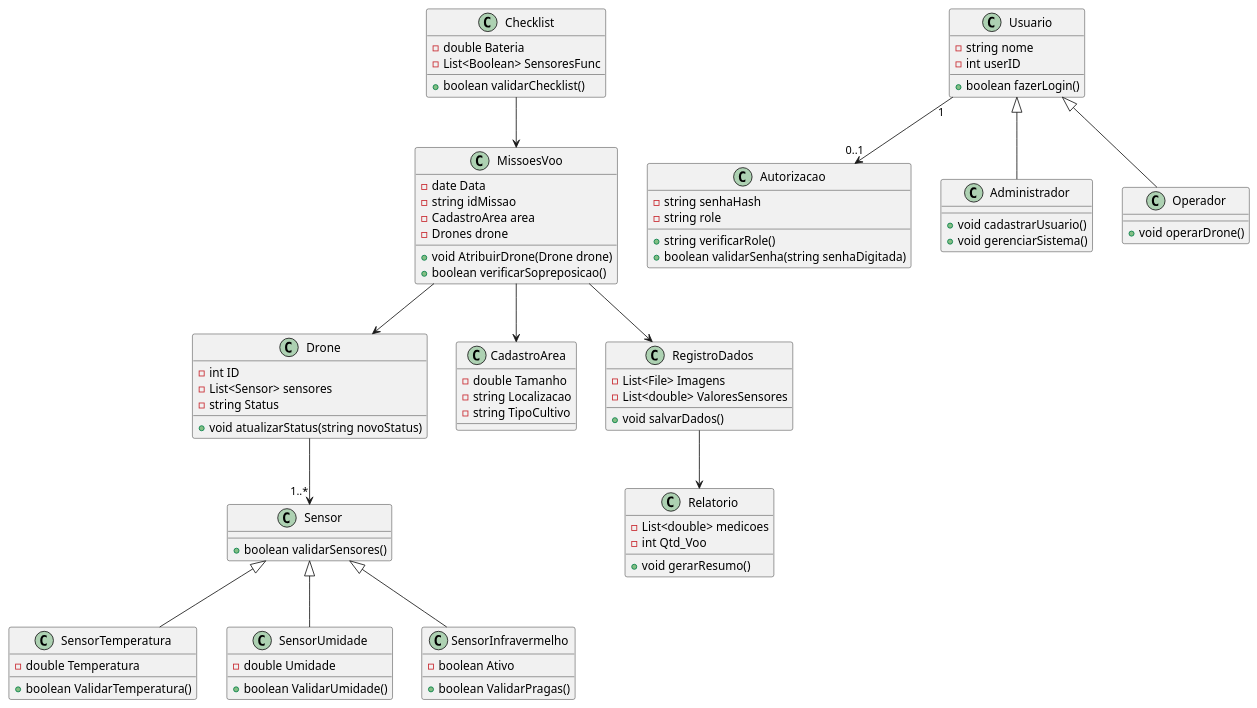
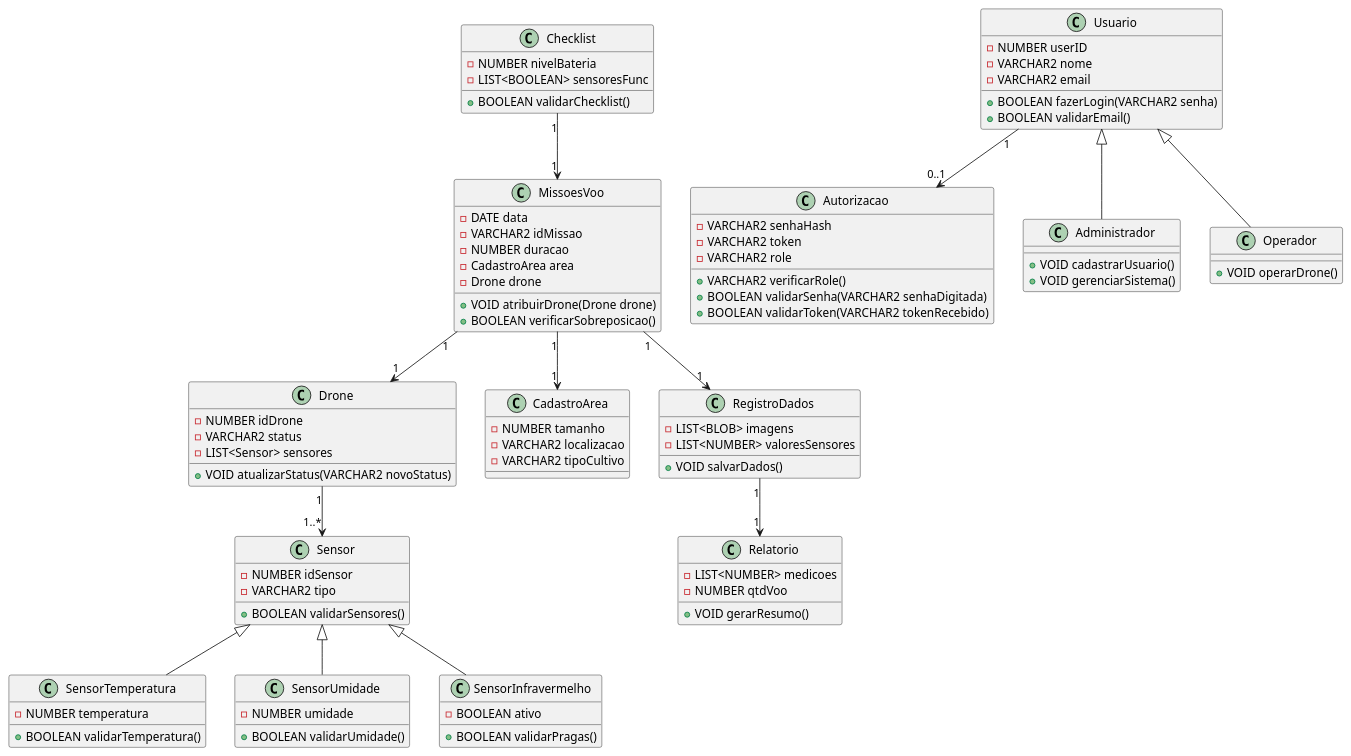
One commit to JoaoVitorMintz/Trabalho-de-Projeto-de-Software changed the diagram in docs/ClassDiagram.puml. Above: the diagram before and after it, drawn with PlantUML.

Commit message:
Correção do Diagrama de Classes conforme solicitado no feedback do professor

```diff
--- a/docs/ClassDiagram.puml
+++ b/docs/ClassDiagram.puml
@@ -1,108 +1,115 @@
-@startuml ClassDiagram 
-' ============================= 
-' Classes de Sensores 
-' ============================= 
-class Sensor { 
-  + boolean validarSensores() 
-} 
+@startuml ClassDiagram
+' =============================
+' Classes de Sensores
+' =============================
+class Sensor {
+  - NUMBER idSensor
+  - VARCHAR2 tipo
+  + BOOLEAN validarSensores()
+}
 
-class SensorTemperatura { 
-  - double Temperatura 
-  + boolean ValidarTemperatura() 
-} 
+class SensorTemperatura {
+  - NUMBER temperatura
+  + BOOLEAN validarTemperatura()
+}
 
-class SensorUmidade { 
-  - double Umidade 
-  + boolean ValidarUmidade() 
-} 
+class SensorUmidade {
+  - NUMBER umidade
+  + BOOLEAN validarUmidade()
+}
 
-class SensorInfravermelho { 
-  - boolean Ativo 
-  + boolean ValidarPragas() 
-} 
+class SensorInfravermelho {
+  - BOOLEAN ativo
+  + BOOLEAN validarPragas()
+}
 
-Sensor <|-- SensorTemperatura 
-Sensor <|-- SensorUmidade 
-Sensor <|-- SensorInfravermelho 
+Sensor <|-- SensorTemperatura
+Sensor <|-- SensorUmidade
+Sensor <|-- SensorInfravermelho
 
-' ============================= 
-' Classes de Drones e Missões 
-' ============================= 
-class Drone { 
-  - int ID 
-  - List<Sensor> sensores 
-  - string Status 
-  + void atualizarStatus(string novoStatus) 
-} 
+' =============================
+' Classes de Drones e Missões
+' =============================
+class Drone {
+  - NUMBER idDrone
+  - VARCHAR2 status
+  - LIST<Sensor> sensores
+  + VOID atualizarStatus(VARCHAR2 novoStatus)
+}
 
-class MissoesVoo { 
-  - date Data 
-  - string idMissao 
-  - CadastroArea area 
-  - Drones drone 
-  + void AtribuirDrone(Drone drone) 
-  + boolean verificarSopreposicao() 
-} 
+class MissoesVoo {
+  - DATE data
+  - VARCHAR2 idMissao
+  - NUMBER duracao
+  - CadastroArea area
+  - Drone drone
+  + VOID atribuirDrone(Drone drone)
+  + BOOLEAN verificarSobreposicao()
+}
 
-class CadastroArea { 
-  - double Tamanho 
-  - string Localizacao 
-  - string TipoCultivo 
-} 
+class CadastroArea {
+  - NUMBER tamanho
+  - VARCHAR2 localizacao
+  - VARCHAR2 tipoCultivo
+}
 
-class RegistroDados { 
-  - List<File> Imagens 
-  - List<double> ValoresSensores 
-  + void salvarDados() 
-} 
+class RegistroDados {
+  - LIST<BLOB> imagens
+  - LIST<NUMBER> valoresSensores
+  + VOID salvarDados()
+}
 
-class Relatorio { 
-  - List<double> medicoes 
-  - int Qtd_Voo 
-  + void gerarResumo() 
-} 
+class Relatorio {
+  - LIST<NUMBER> medicoes
+  - NUMBER qtdVoo
+  + VOID gerarResumo()
+}
 
-Drone --> "1..*" Sensor 
-MissoesVoo --> Drone 
-MissoesVoo --> CadastroArea 
-MissoesVoo --> RegistroDados 
-RegistroDados --> Relatorio 
+Drone "1" --> "1..*" Sensor
+MissoesVoo "1" --> "1" Drone
+MissoesVoo "1" --> "1" CadastroArea
+MissoesVoo "1" --> "1" RegistroDados
+RegistroDados "1" --> "1" Relatorio
 
-' ============================= 
-' Outras Classes 
-' ============================= 
-class Autorizacao { 
-  - string senhaHash
-  - string role
-  + string verificarRole()
-  + boolean validarSenha(string senhaDigitada) 
-} 
+' =============================
+' Outras Classes
+' =============================
+class Autorizacao {
+  - VARCHAR2 senhaHash
+  - VARCHAR2 token
+  - VARCHAR2 role
+  + VARCHAR2 verificarRole()
+  + BOOLEAN validarSenha(VARCHAR2 senhaDigitada)
+  + BOOLEAN validarToken(VARCHAR2 tokenRecebido)
+}
 
-class Checklist { 
-  - double Bateria 
-  - List<Boolean> SensoresFunc 
-  + boolean validarChecklist() 
-} 
+class Checklist {
+  - NUMBER nivelBateria
+  - LIST<BOOLEAN> sensoresFunc
+  + BOOLEAN validarChecklist()
+}
 
-Checklist --> MissoesVoo
+Checklist "1" --> "1" MissoesVoo
 
 class Usuario {
-  - string nome
-  - int userID
-  + boolean fazerLogin()
+  - NUMBER userID
+  - VARCHAR2 nome
+  - VARCHAR2 email
+  + BOOLEAN fazerLogin(VARCHAR2 senha)
+  + BOOLEAN validarEmail()
 }
 
 class Administrador {
-  + void cadastrarUsuario()
-  + void gerenciarSistema()
+  + VOID cadastrarUsuario()
+  + VOID gerenciarSistema()
 }
 
 class Operador {
-  + void operarDrone()
+  + VOID operarDrone()
 }
 
 Usuario <|-- Administrador
 Usuario <|-- Operador
 Usuario "1" --> "0..1" Autorizacao
 
 @enduml
```
